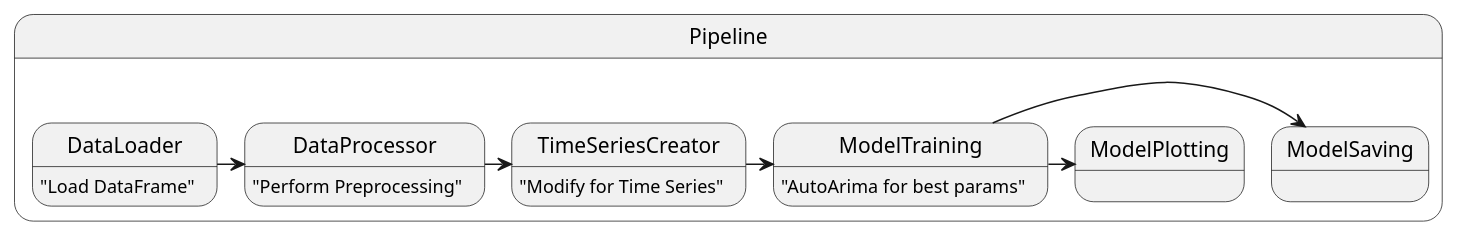
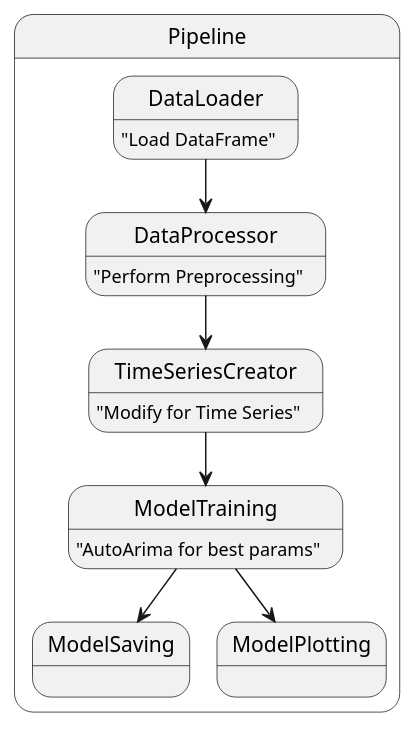
One commit to fdevi3-mle/french-road-accidents changed the diagram in architecture/ZenMLFlow.puml. Above: the diagram before and after it, drawn with PlantUML. The commit also changed 11 other files, not shown here.

```diff
--- a/architecture/ZenMLFlow.puml
+++ b/architecture/ZenMLFlow.puml
@@ -1,20 +1,20 @@
 @startuml
 'https://plantuml.com/state-diagram
 
 
   state Pipeline {
-     DataLoader -> DataProcessor
-     DataProcessor -> TimeSeriesCreator
-     TimeSeriesCreator -> ModelTraining
-     ModelTraining -> ModelSaving
-     ModelTraining -> ModelPlotting
+     DataLoader --> DataProcessor
+     DataProcessor --> TimeSeriesCreator
+     TimeSeriesCreator --> ModelTraining
+     ModelTraining --> ModelSaving
+     ModelTraining --> ModelPlotting
   }
   state DataLoader : "Load DataFrame"
   state DataProcessor : "Perform Preprocessing"
   state TimeSeriesCreator: "Modify for Time Series"
   state ModelTraining : "AutoArima for best params"
 
 
 
 
 @enduml
```
